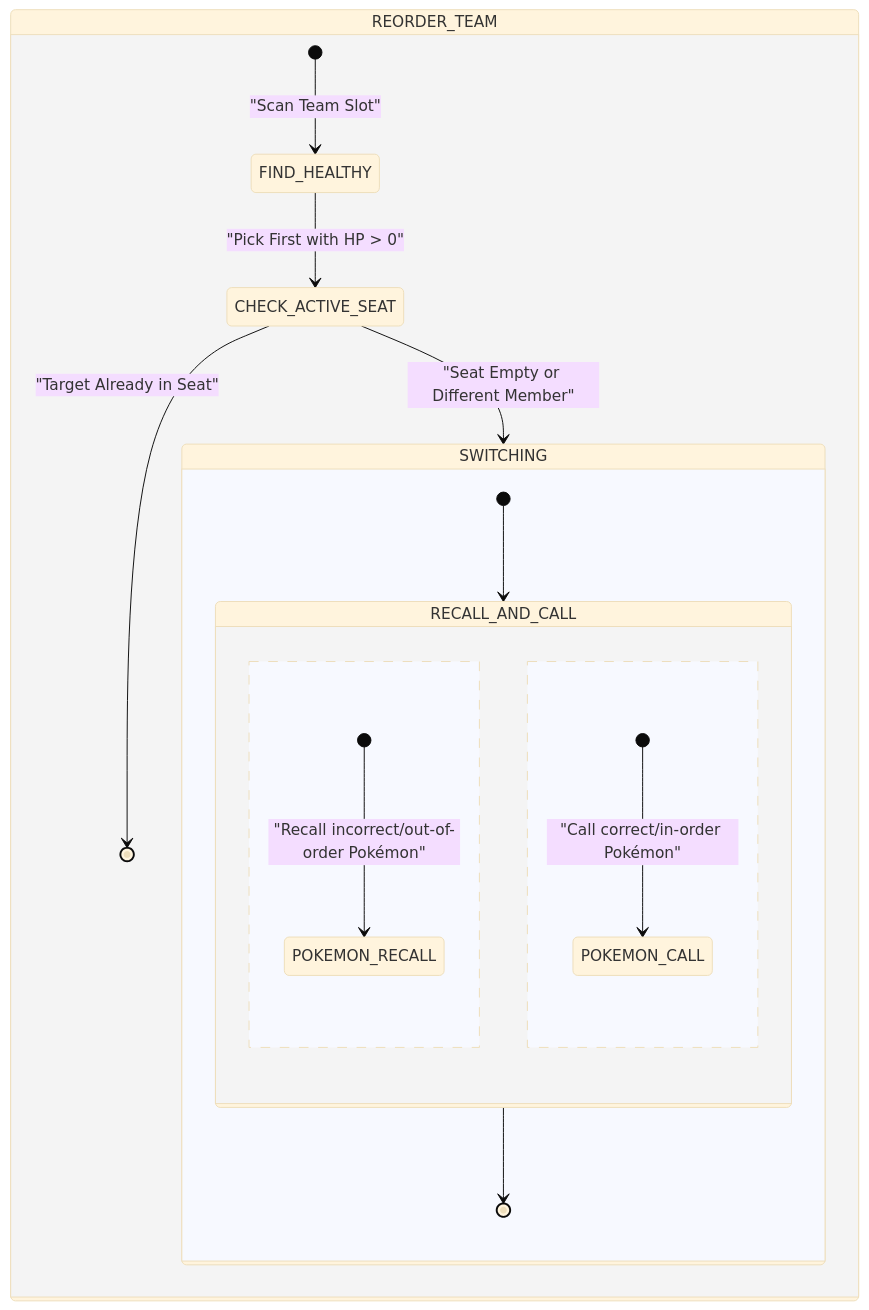
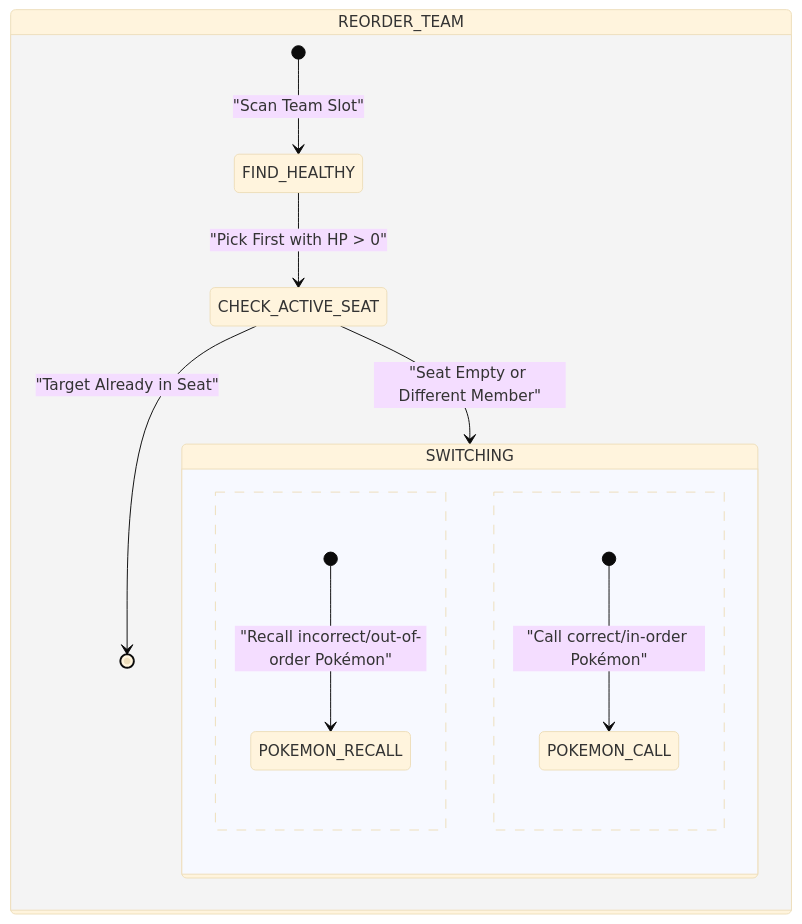
Before and after one commit to Darkham77/PokeBorrador: diagram 13 of 18 in .agents/skills/project-standards/references/battle/battle_mechanics_manual.md, drawn with Mermaid (base theme). The commit also changed other lines of this file and 3 other files, not shown here.

First line of the commit message:
docs(battle): refactor rewards phase and parallel FSM diagrams layout

````diff
--- a/.agents/skills/project-standards/references/battle/battle_mechanics_manual.md
+++ b/.agents/skills/project-standards/references/battle/battle_mechanics_manual.md
@@ -762,21 +758,17 @@
 ```mermaid
 stateDiagram-v2
     state REORDER_TEAM {
         [*] --> FIND_HEALTHY : "Scan Team Slot"
         FIND_HEALTHY --> CHECK_ACTIVE_SEAT : "Pick First with HP > 0"
         
         state CHECK_ACTIVE_SEAT <<choice>>
         CHECK_ACTIVE_SEAT --> [*] : "Target Already in Seat"
         CHECK_ACTIVE_SEAT --> SWITCHING : "Seat Empty or Different Member"
         
         state SWITCHING {
-            [*] --> RECALL_AND_CALL
-            state RECALL_AND_CALL {
-                [*] --> POKEMON_RECALL : "Recall incorrect/out-of-order Pokémon"
-                --
-                [*] --> POKEMON_CALL : "Call correct/in-order Pokémon"
-            }
-            RECALL_AND_CALL --> [*]
+            [*] --> POKEMON_RECALL : "Recall incorrect/out-of-order Pokémon"
+            --
+            [*] --> POKEMON_CALL : "Call correct/in-order Pokémon"
         }
     }
 ```
````
